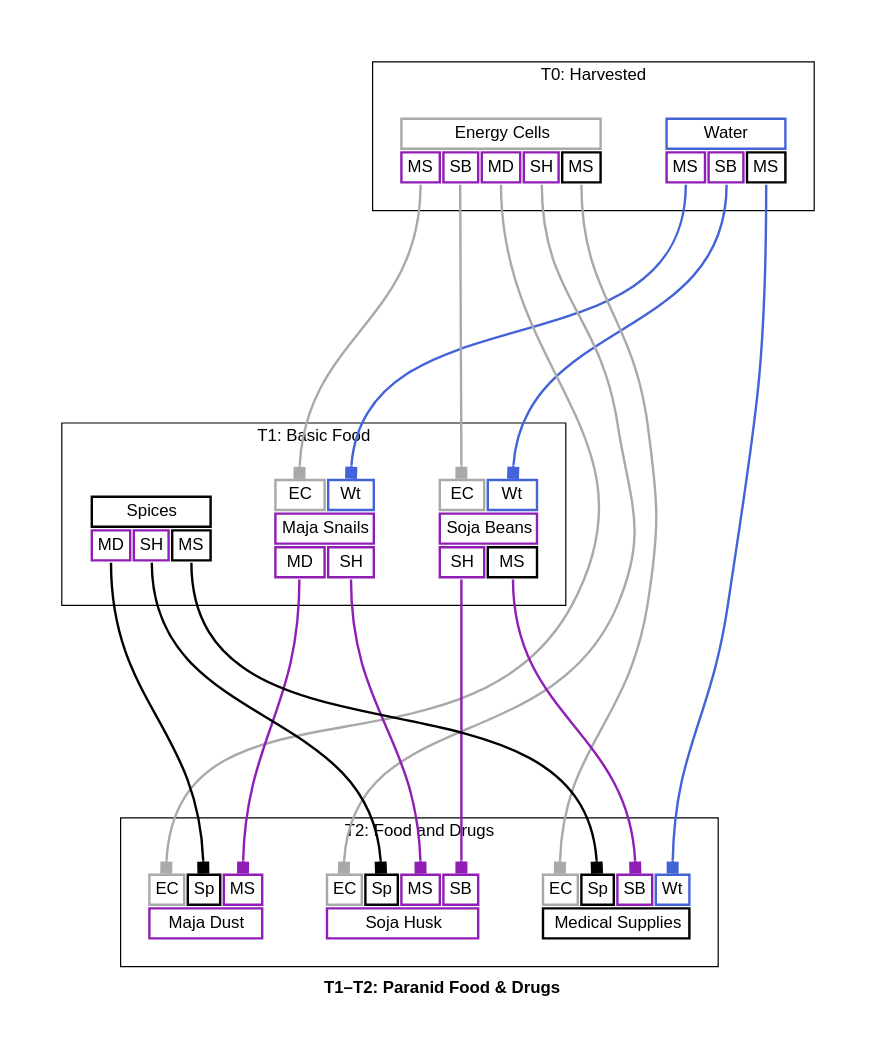
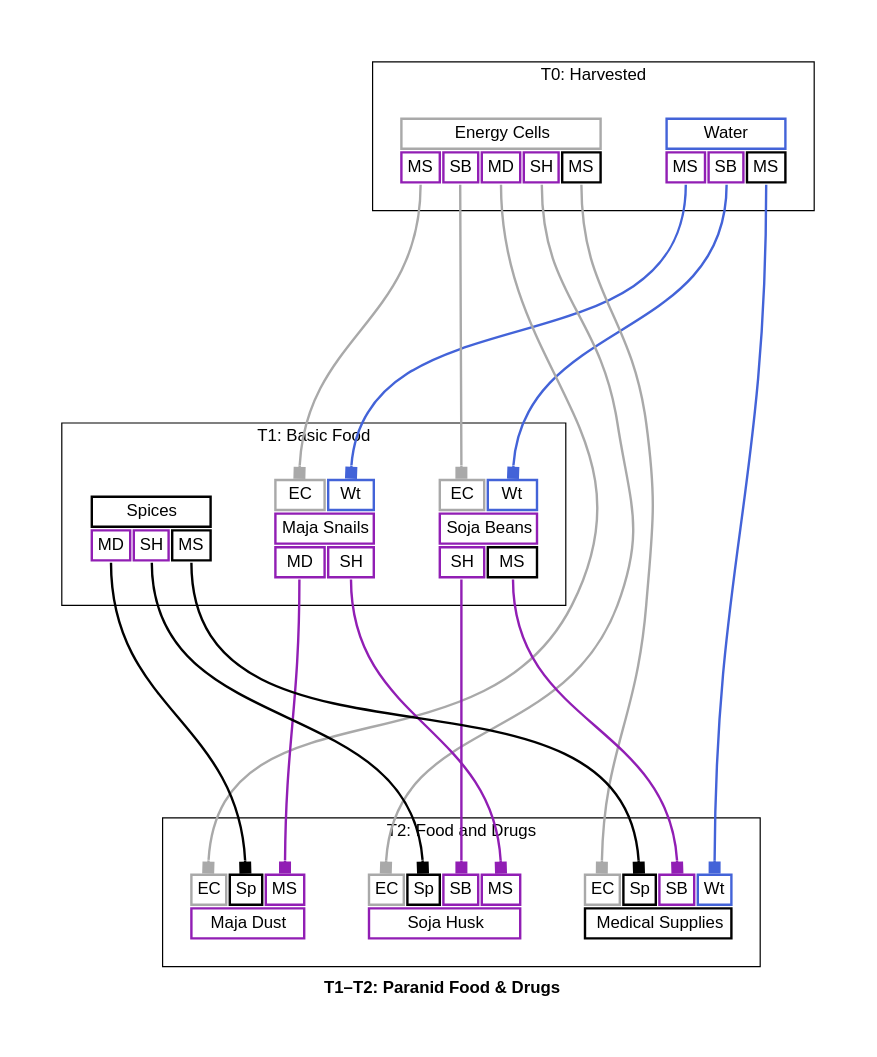
Before and after one commit to borntyping/x4-diagrams: the diagram in docs/t1_t2_paranid_food_drugs_graph_full.dot, drawn with Graphviz. The commit also changed other lines of this file and 44 other files, not shown here.

```diff
--- a/docs/t1_t2_paranid_food_drugs_graph_full.dot
+++ b/docs/t1_t2_paranid_food_drugs_graph_full.dot
@@ -1,188 +1,188 @@
 digraph "X4 Economy" {
 	edge [arrowType=normal]
 	compound=true fontname="Helvetica,Arial,sans-serif"
 	label=<<b>T1–T2: Paranid Food &amp; Drugs</b>>
 	graph [nodesep=0.3 pad=0.5 ranksep=3]
 	node [color=slategray1 fontname="Helvetica,Arial,sans-serif" margin=0.2 penwidth=2.0 shape=plaintext]
 	edge [arrowhead=normal arrowsize=1.0 fontname="Helvetica,Arial,sans-serif" headport=n penwidth=2.0 tailport=s]
 	subgraph 0 {
 		cluster=true label="T0: Harvested"
 		water [label=<<table border="0" cellborder="2" cellpadding="4" cellspacing="1" fixedsize="false" id="water" port="output">
   
   <tr>
     <td align="text" bgcolor="white" color="#4363d8" colspan="3">Water</td>
   </tr>
   
     <tr>
       
         <td align="text" bgcolor="white" color="#911eb4" port="maja_snails">MS</td>
       
         <td align="text" bgcolor="white" color="#911eb4" port="soja_beans">SB</td>
       
         <td align="text" bgcolor="white" color="#000000" port="medical_supplies">MS</td>
       
     </tr>
   
 </table>>]
 		energy_cells [label=<<table border="0" cellborder="2" cellpadding="4" cellspacing="1" fixedsize="false" id="energy_cells" port="output">
   
   <tr>
     <td align="text" bgcolor="white" color="#a9a9a9" colspan="5">Energy Cells</td>
   </tr>
   
     <tr>
       
         <td align="text" bgcolor="white" color="#911eb4" port="maja_snails">MS</td>
       
         <td align="text" bgcolor="white" color="#911eb4" port="soja_beans">SB</td>
       
         <td align="text" bgcolor="white" color="#911eb4" port="maja_dust">MD</td>
       
         <td align="text" bgcolor="white" color="#911eb4" port="soja_husk">SH</td>
       
         <td align="text" bgcolor="white" color="#000000" port="medical_supplies">MS</td>
       
     </tr>
   
 </table>>]
 	}
 	subgraph 1 {
 		cluster=true label="T1: Basic Food"
 		maja_snails [label=<<table border="0" cellborder="2" cellpadding="4" cellspacing="1" fixedsize="false" id="maja_snails" port="output">
   
     <tr>
       
         <td align="text" bgcolor="white" color="#a9a9a9" port="energy_cells">EC</td>
       
         <td align="text" bgcolor="white" color="#4363d8" port="water">Wt</td>
       
     </tr>
   
   <tr>
     <td align="text" bgcolor="white" color="#911eb4" colspan="2">Maja Snails</td>
   </tr>
   
     <tr>
       
         <td align="text" bgcolor="white" color="#911eb4" port="maja_dust">MD</td>
       
         <td align="text" bgcolor="white" color="#911eb4" port="soja_husk">SH</td>
       
     </tr>
   
 </table>>]
 		soja_beans [label=<<table border="0" cellborder="2" cellpadding="4" cellspacing="1" fixedsize="false" id="soja_beans" port="output">
   
     <tr>
       
         <td align="text" bgcolor="white" color="#a9a9a9" port="energy_cells">EC</td>
       
         <td align="text" bgcolor="white" color="#4363d8" port="water">Wt</td>
       
     </tr>
   
   <tr>
     <td align="text" bgcolor="white" color="#911eb4" colspan="2">Soja Beans</td>
   </tr>
   
     <tr>
       
         <td align="text" bgcolor="white" color="#911eb4" port="soja_husk">SH</td>
       
         <td align="text" bgcolor="white" color="#000000" port="medical_supplies">MS</td>
       
     </tr>
   
 </table>>]
 		spices [label=<<table border="0" cellborder="2" cellpadding="4" cellspacing="1" fixedsize="false" id="spices" port="output">
   
   <tr>
     <td align="text" bgcolor="white" color="#000000" colspan="3">Spices</td>
   </tr>
   
     <tr>
       
         <td align="text" bgcolor="white" color="#911eb4" port="maja_dust">MD</td>
       
         <td align="text" bgcolor="white" color="#911eb4" port="soja_husk">SH</td>
       
         <td align="text" bgcolor="white" color="#000000" port="medical_supplies">MS</td>
       
     </tr>
   
 </table>>]
 	}
 	subgraph 2 {
 		cluster=true label="T2: Food and Drugs"
 		maja_dust [label=<<table border="0" cellborder="2" cellpadding="4" cellspacing="1" fixedsize="false" id="maja_dust" port="output">
   
     <tr>
       
         <td align="text" bgcolor="white" color="#a9a9a9" port="energy_cells">EC</td>
       
         <td align="text" bgcolor="white" color="#000000" port="spices">Sp</td>
       
         <td align="text" bgcolor="white" color="#911eb4" port="maja_snails">MS</td>
       
     </tr>
   
   <tr>
     <td align="text" bgcolor="white" color="#911eb4" colspan="3">Maja Dust</td>
   </tr>
   
 </table>>]
 		soja_husk [label=<<table border="0" cellborder="2" cellpadding="4" cellspacing="1" fixedsize="false" id="soja_husk" port="output">
   
     <tr>
       
         <td align="text" bgcolor="white" color="#a9a9a9" port="energy_cells">EC</td>
       
         <td align="text" bgcolor="white" color="#000000" port="spices">Sp</td>
       
+        <td align="text" bgcolor="white" color="#911eb4" port="soja_beans">SB</td>
+      
         <td align="text" bgcolor="white" color="#911eb4" port="maja_snails">MS</td>
-      
-        <td align="text" bgcolor="white" color="#911eb4" port="soja_beans">SB</td>
       
     </tr>
   
   <tr>
     <td align="text" bgcolor="white" color="#911eb4" colspan="4">Soja Husk</td>
   </tr>
   
 </table>>]
 		medical_supplies [label=<<table border="0" cellborder="2" cellpadding="4" cellspacing="1" fixedsize="false" id="medical_supplies" port="output">
   
     <tr>
       
         <td align="text" bgcolor="white" color="#a9a9a9" port="energy_cells">EC</td>
       
         <td align="text" bgcolor="white" color="#000000" port="spices">Sp</td>
       
         <td align="text" bgcolor="white" color="#911eb4" port="soja_beans">SB</td>
       
         <td align="text" bgcolor="white" color="#4363d8" port="water">Wt</td>
       
     </tr>
   
   <tr>
     <td align="text" bgcolor="white" color="#000000" colspan="4">Medical Supplies</td>
   </tr>
   
 </table>>]
 	}
 	energy_cells:maja_snails:s -> maja_snails:energy_cells:n [arrowhead=box color="#a9a9a9" weight=1.0]
 	water:maja_snails:s -> maja_snails:water:n [arrowhead=box color="#4363d8" weight=1.0]
 	energy_cells:soja_beans:s -> soja_beans:energy_cells:n [arrowhead=box color="#a9a9a9" weight=1.0]
 	water:soja_beans:s -> soja_beans:water:n [arrowhead=box color="#4363d8" weight=1.0]
 	energy_cells:maja_dust:s -> maja_dust:energy_cells:n [arrowhead=box color="#a9a9a9" weight=1.0]
 	maja_snails:maja_dust:s -> maja_dust:maja_snails:n [arrowhead=box color="#911eb4" weight=1.0]
 	spices:maja_dust:s -> maja_dust:spices:n [arrowhead=box color="#000000" weight=1.0]
 	energy_cells:soja_husk:s -> soja_husk:energy_cells:n [arrowhead=box color="#a9a9a9" weight=1.0]
 	maja_snails:soja_husk:s -> soja_husk:maja_snails:n [arrowhead=box color="#911eb4" weight=1.0]
 	soja_beans:soja_husk:s -> soja_husk:soja_beans:n [arrowhead=box color="#911eb4" weight=1.0]
 	spices:soja_husk:s -> soja_husk:spices:n [arrowhead=box color="#000000" weight=1.0]
 	energy_cells:medical_supplies:s -> medical_supplies:energy_cells:n [arrowhead=box color="#a9a9a9" weight=1.0]
 	soja_beans:medical_supplies:s -> medical_supplies:soja_beans:n [arrowhead=box color="#911eb4" weight=1.0]
 	spices:medical_supplies:s -> medical_supplies:spices:n [arrowhead=box color="#000000" weight=1.0]
 	water:medical_supplies:s -> medical_supplies:water:n [arrowhead=box color="#4363d8" weight=1.0]
 }
```
